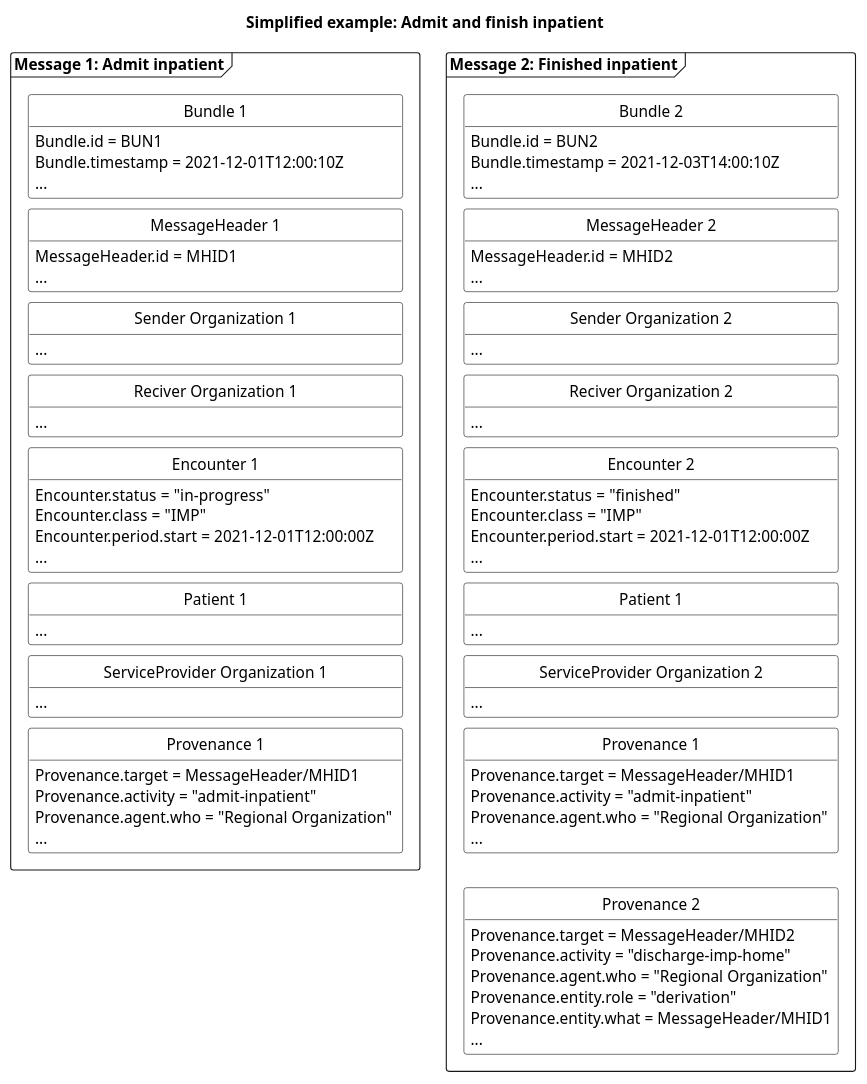
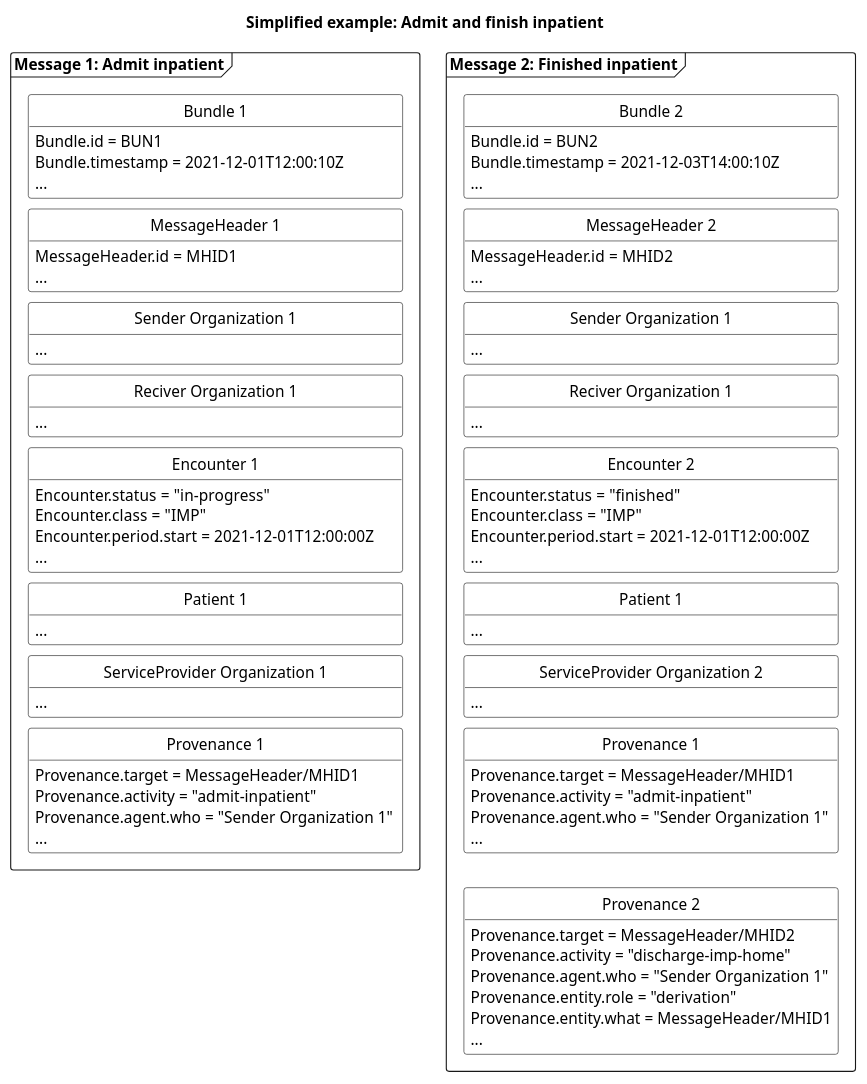
Before and after one commit to medcomdk/dk-medcom-hospitalnotification: the diagram in puml/HospitalNotificationAdmitFinish.puml, drawn with PlantUML. The commit also changed 8 other files, not shown here.

```diff
--- a/puml/HospitalNotificationAdmitFinish.puml
+++ b/puml/HospitalNotificationAdmitFinish.puml
@@ -1,124 +1,124 @@
 @startuml HNAdmitFinish
 
 'layout
 skinparam class {
     BackgroundColor White
     BorderColor Black
     ArrowColor Black
   }
 hide circle
 hide empty members
 skinparam SameClassWidth true
 skinparam Ranksep 10
 
 
 'title
 title Simplified example: Admit and finish inpatient
 
 'Message 1: Admit inpatient
 package "Message 1: Admit inpatient" as admit <<Frame>>{
     class "Bundle 1" as admitB {
         Bundle.id = BUN1
         Bundle.timestamp = 2021-12-01T12:00:10Z
         ...
     }
     class "MessageHeader 1" as admitMH{
         MessageHeader.id = MHID1
         ...
     }
     class "Sender Organization 1" as admitSOrg{
         ...
     }
     class "Reciver Organization 1" as admitROrg{
         ...
     }
     class "Encounter 1" as admitENC{
         Encounter.status = "in-progress"
         Encounter.class = "IMP"
         Encounter.period.start = 2021-12-01T12:00:00Z
         ...
     }
     class "Patient 1" as admitPT{
         ...
     }
     class "ServiceProvider Organization 1" as admitSPOrg{
         ...
     }
     class "Provenance 1" as admitPRO{
         Provenance.target = MessageHeader/MHID1
         Provenance.activity = "admit-inpatient"
-        Provenance.agent.who = "Regional Organization"
+        Provenance.agent.who = "Sender Organization 1"
         ...
     }
 
 admitB -[hidden]- admitMH
 admitMH -[hidden]- admitSOrg
 admitSOrg-[hidden]-admitROrg
 admitROrg-[hidden]-admitENC
 admitENC-[hidden]-admitPT
 admitPT-[hidden]-admitSPOrg
 admitSPOrg-[hidden]-admitPRO
 
 
 
 }
 
 'Message 2: Finished inpatient
 package "Message 2: Finished inpatient" as finished <<Frame>> {
     class "Bundle 2" as finishedB {
         Bundle.id = BUN2
         Bundle.timestamp = 2021-12-03T14:00:10Z
         ...
     }
     class "MessageHeader 2" as finishedMH{
         MessageHeader.id = MHID2
         ...
     }
-    class "Sender Organization 2" as finishedSOrg{
+    class "Sender Organization 1" as finishedSOrg{
         ...
     }
-    class "Reciver Organization 2" as finishedROrg{
+    class "Reciver Organization 1" as finishedROrg{
         ...
     }
     class "Encounter 2" as finishedENC{
         Encounter.status = "finished"
         Encounter.class = "IMP"
         Encounter.period.start = 2021-12-01T12:00:00Z
         ...
     }
     class "Patient 1" as finishedPT{
         ...
     }
     class "ServiceProvider Organization 2" as finishedSPOrg{
         ...
-    }
+    }    
     class "Provenance 1" as admitfinishedPRO{
         Provenance.target = MessageHeader/MHID1
         Provenance.activity = "admit-inpatient"
-        Provenance.agent.who = "Regional Organization"
+        Provenance.agent.who = "Sender Organization 1"
         ...
     }
     class "Provenance 2" as finishedPRO{
         Provenance.target = MessageHeader/MHID2
         Provenance.activity = "discharge-imp-home"
-        Provenance.agent.who = "Regional Organization"
+        Provenance.agent.who = "Sender Organization 1"
         Provenance.entity.role = "derivation"
         Provenance.entity.what = MessageHeader/MHID1
         ...
     }
 finishedB-[hidden]-finishedMH
 finishedMH-[hidden]-finishedSOrg
 finishedSOrg-[hidden]-finishedROrg
 finishedROrg-[hidden]-finishedENC
 finishedENC-[hidden]-finishedPT
 finishedPT-[hidden]-finishedSPOrg
 finishedSPOrg-[hidden]-admitfinishedPRO
 admitfinishedPRO-[hidden]-finishedPRO
 
 }
 
 ' pile mellem de to beskeder
 ' admit --> finished
 
 
 @enduml
```
